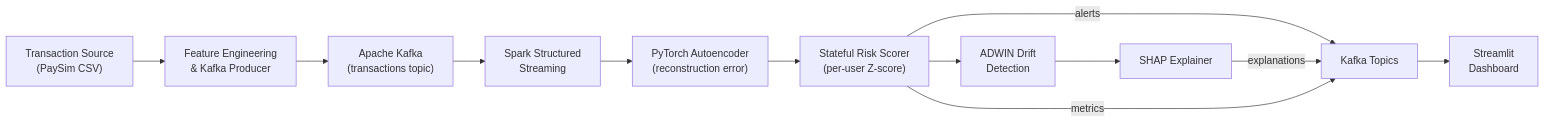
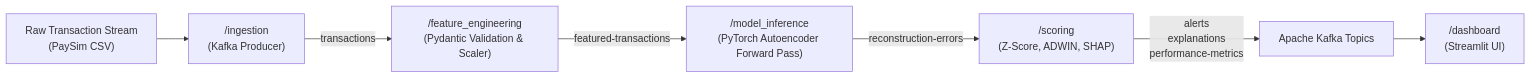
One commit to mukund-k-sharma/Risk-Profiling changed the diagram in reports/blog/real-time-user-risk-profiling.md. Above: the diagram before and after it, drawn with Mermaid. The commit also changed other lines of this file and 25 other files, not shown here.

Commit message:
feat: decouple monolithic architecture into modular real-time microservices

````diff
--- a/reports/blog/real-time-user-risk-profiling.md
+++ b/reports/blog/real-time-user-risk-profiling.md
@@ -33,15 +33,10 @@
 ```mermaid
 flowchart LR
-    A["Transaction Source\n(PaySim CSV)"] --> B["Feature Engineering\n& Kafka Producer"]
-    B --> C["Apache Kafka\n(transactions topic)"]
-    C --> D["Spark Structured\nStreaming"]
-    D --> E["PyTorch Autoencoder\n(reconstruction error)"]
-    E --> F["Stateful Risk Scorer\n(per-user Z-score)"]
-    F --> G["ADWIN Drift\nDetection"]
-    G --> H["SHAP Explainer"]
+    A["Raw Transaction Stream\n(PaySim CSV)"] --> B["/ingestion\n(Kafka Producer)"]
+    B -->|"transactions"| C["/feature_engineering\n(Pydantic Validation & Scaler)"]
+    C -->|"featured-transactions"| D["/model_inference\n(PyTorch Autoencoder Forward Pass)"]
+    D -->|"reconstruction-errors"| E["/scoring\n(Z-Score, ADWIN, SHAP)"]
     
-    F -->|"alerts"| I["Kafka Topics"]
-    H -->|"explanations"| I
-    F -->|"metrics"| I
-    I --> J["Streamlit\nDashboard"]
+    E -->|"alerts\nexplanations\nperformance-metrics"| F["Apache Kafka Topics"]
+    F --> G["/dashboard\n(Streamlit UI)"]
 ```
````
